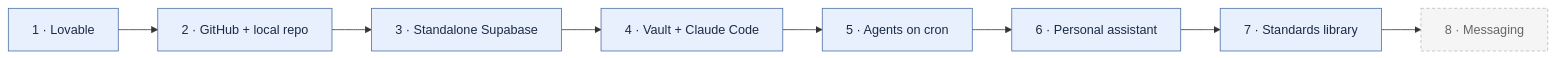
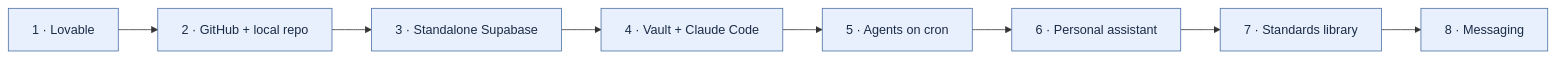
One commit to planspark/vibe-coding-manual changed the first of 9 diagrams in vibecoding.md. Above: the diagram before and after it, drawn with Mermaid. The commit also changed other lines of this file, not shown here.

````diff
--- a/vibecoding.md
+++ b/vibecoding.md
@@ -41,10 +41,9 @@
 ```mermaid
 flowchart LR
   S1["1 · Lovable"] --> S2["2 · GitHub + local repo"] --> S3["3 · Standalone Supabase"]
   S3 --> S4["4 · Vault + Claude Code"] --> S5["5 · Agents on cron"]
   S5 --> S6["6 · Personal assistant"] --> S7["7 · Standards library"] --> S8["8 · Messaging"]
   classDef done fill:#e8f0fe,stroke:#4a6fa5,color:#1a2b45
   classDef pending fill:#f5f5f5,stroke:#bbb,color:#666,stroke-dasharray:4 3
-  class S1,S2,S3,S4,S5,S6,S7 done
-  class S8 pending
+  class S1,S2,S3,S4,S5,S6,S7,S8 done
 ```
````
